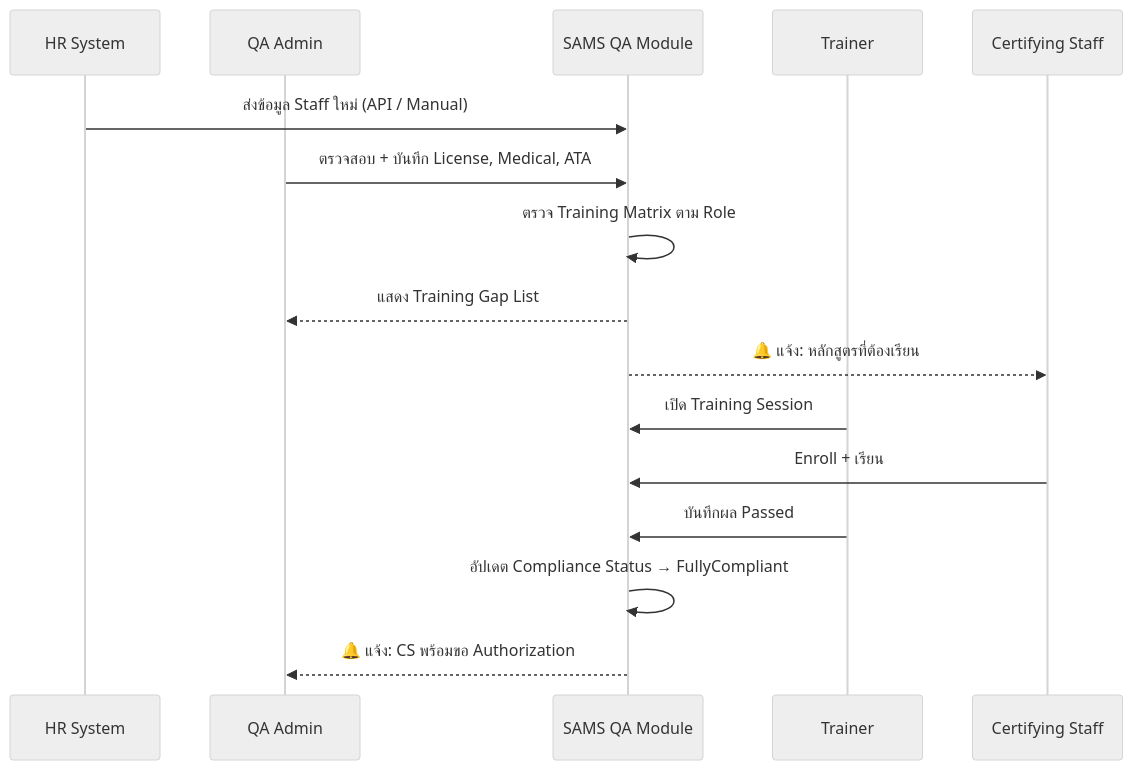
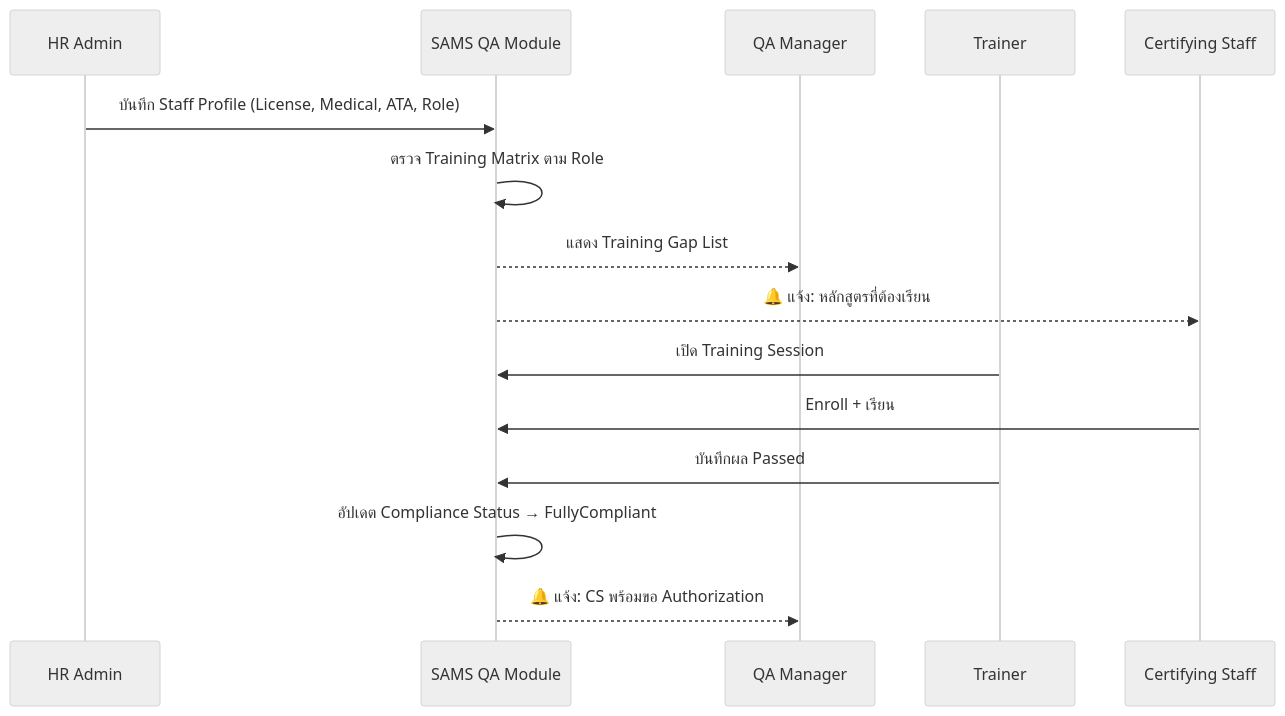
The tenth of 26 diagrams in docs/QA-SRS-BRD/02-Business-Process/SAMS-QA-SRS-02-Business-Process.md (triple-tgg/sams), drawn with Mermaid (neutral theme) before and after one commit. The commit also changed other lines of this file, not shown here.

Commit message:
docs(qa): fix 5.1 actor - HR Admin บันทึก Staff Profile (ไม่ใช่ QA Admin)
แก้ไข 5.1.1 และ 5.1.3: เปลี่ยน QA Admin → HR Admin
เป็นผู้บันทึก Staff Profile เข้าระบบ

https://claude.ai/code/session_01MCB7T8egpNXxdRoFuFLgCn

````diff
--- a/docs/QA-SRS-BRD/02-Business-Process/SAMS-QA-SRS-02-Business-Process.md
+++ b/docs/QA-SRS-BRD/02-Business-Process/SAMS-QA-SRS-02-Business-Process.md
@@ -241,19 +241,18 @@
 ```mermaid
 sequenceDiagram
-    participant HR as HR System
-    participant QA as QA Admin
+    participant HR as HR Admin
     participant SYS as SAMS QA Module
+    participant QA as QA Manager
     participant TR as Trainer
     participant CS as Certifying Staff
 
-    HR->>SYS: ส่งข้อมูล Staff ใหม่ (API / Manual)
-    QA->>SYS: ตรวจสอบ + บันทึก License, Medical, ATA
+    HR->>SYS: บันทึก Staff Profile (License, Medical, ATA, Role)
     SYS->>SYS: ตรวจ Training Matrix ตาม Role
     SYS-->>QA: แสดง Training Gap List
     SYS-->>CS: 🔔 แจ้ง: หลักสูตรที่ต้องเรียน
     TR->>SYS: เปิด Training Session
     CS->>SYS: Enroll + เรียน
     TR->>SYS: บันทึกผล Passed
     SYS->>SYS: อัปเดต Compliance Status → FullyCompliant
     SYS-->>QA: 🔔 แจ้ง: CS พร้อมขอ Authorization
 ```
````
